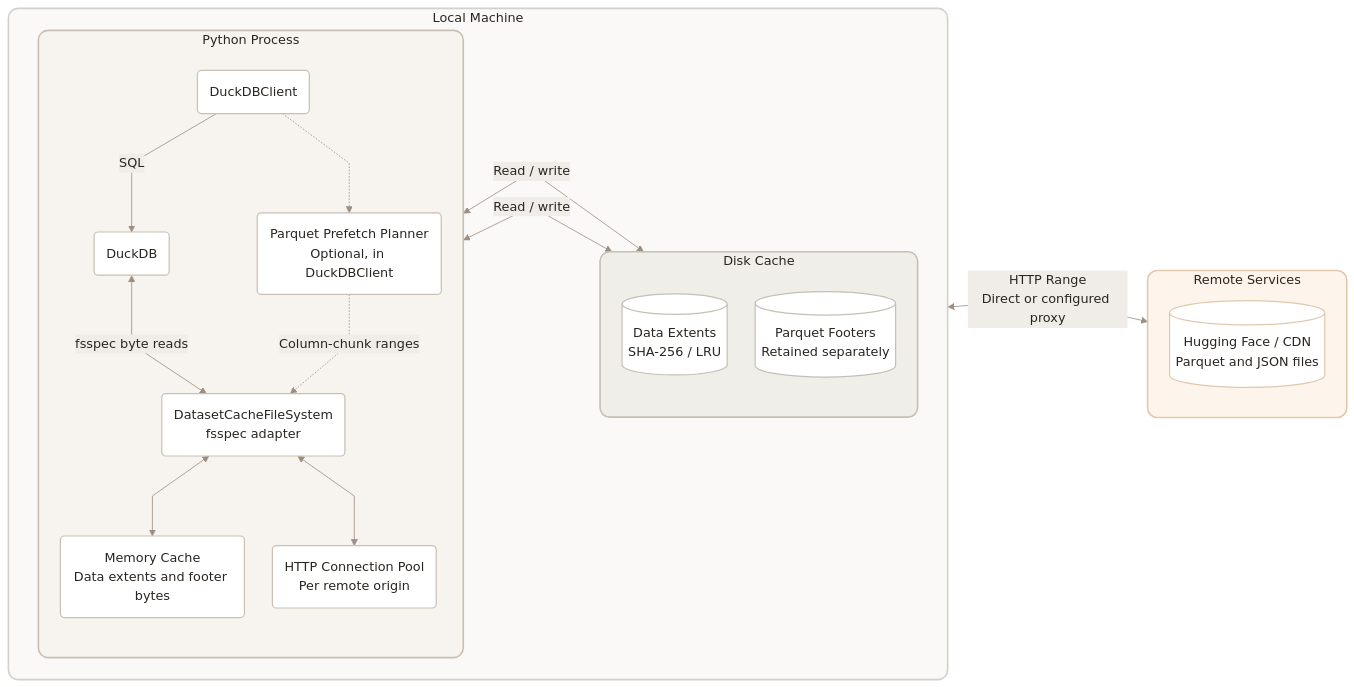
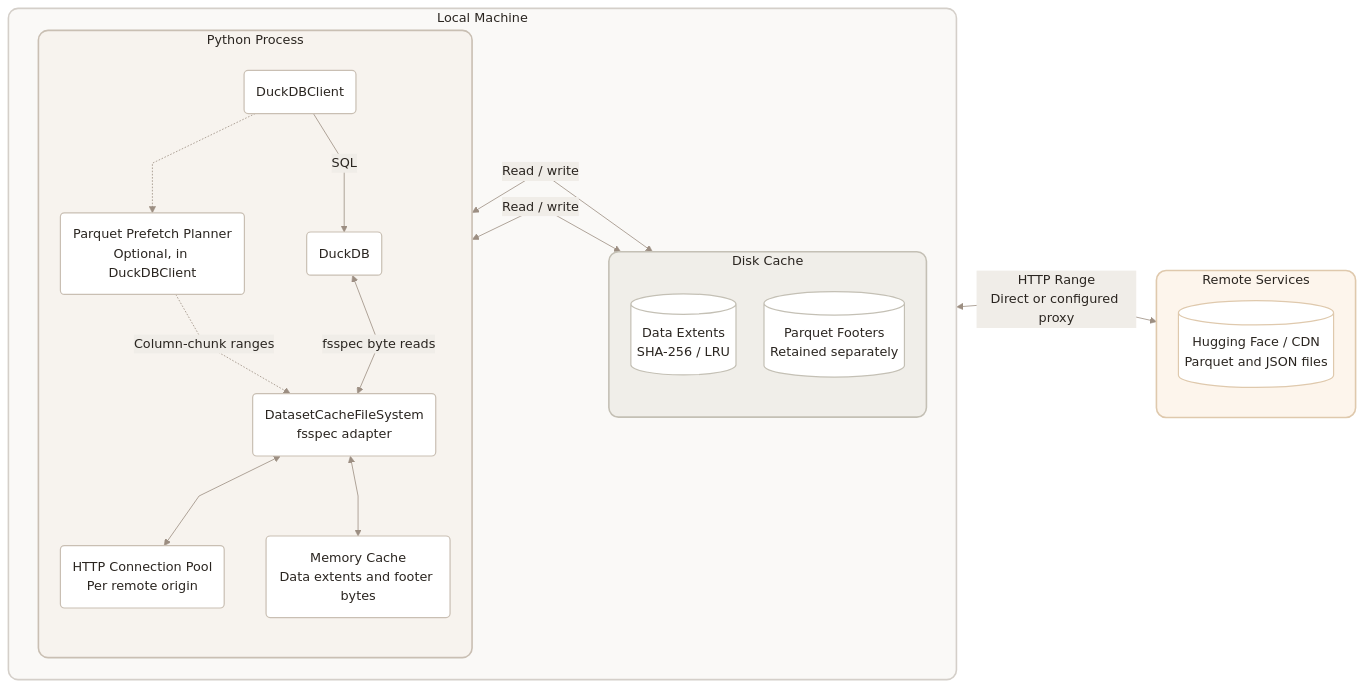
Before and after one commit to defeat-beta/defeatbeta-api: the diagram in doc/api/Local_File_Cache.md, drawn with Mermaid.

Commit message:
docs: position HTTP connection pool above memory cache

````diff
--- a/doc/api/Local_File_Cache.md
+++ b/doc/api/Local_File_Cache.md
@@ -23,63 +23,64 @@
 ```mermaid
 %%{init: {'theme': 'base', 'themeVariables': {
   'primaryColor': '#FAF9F7',
   'primaryBorderColor': '#D4CFC9',
   'primaryTextColor': '#2A2520',
   'lineColor': '#9C8E82',
   'secondaryColor': '#F0EDE8',
   'tertiaryColor': '#E8E4DE'
 }, 'flowchart': {'curve': 'linear', 'nodeSpacing': 35, 'rankSpacing': 50}}}%%
 flowchart LR
     subgraph LOCAL["Local Machine"]
         direction LR
         subgraph PROCESS["Python Process"]
             direction TB
             CLIENT("DuckDBClient")
             ENGINE("DuckDB")
             PREFETCH("Parquet Prefetch Planner<br/>Optional, in DuckDBClient")
             CACHE("DatasetCacheFileSystem<br/>fsspec adapter")
+            HTTP("HTTP Connection Pool<br/>Per remote origin")
             MEMORY("Memory Cache<br/>Data extents and footer bytes")
-            HTTP("HTTP Connection Pool<br/>Per remote origin")
 
             CLIENT -->|"SQL"| ENGINE
             CLIENT -.-> PREFETCH
             ENGINE <-->|"fsspec byte reads"| CACHE
             PREFETCH -.->|"Column-chunk ranges"| CACHE
+            CACHE <--> HTTP
             CACHE <--> MEMORY
-            CACHE <--> HTTP
         end
 
         subgraph DISK["Disk Cache"]
             direction TB
             DATA[("Data Extents<br/>SHA-256 / LRU")]
             FOOTER[("Parquet Footers<br/>Retained separately")]
         end
     end
 
     subgraph REMOTE["Remote Services"]
         direction TB
         HF[("Hugging Face / CDN<br/>Parquet and JSON files")]
     end
 
     CACHE <-->|"Read / write"| DATA
     CACHE <-->|"Read / write"| FOOTER
     HTTP <-->|"HTTP Range<br/>Direct or configured proxy"| HF
 
-    %% Layout-only links keep storage and remote services to the right.
+    %% Layout-only links keep the pool above memory and route HTTP above disk.
+    ENGINE ~~~ HTTP
     HTTP ~~~ DATA
     HTTP ~~~ FOOTER
     DATA ~~~ HF
     FOOTER ~~~ HF
 
     style LOCAL fill:#FAF9F7,stroke:#D4CFC9,stroke-width:2px,color:#2A2520,rx:12,ry:12
     style PROCESS fill:#F7F3EE,stroke:#C9BFB3,stroke-width:2px,color:#2A2520,rx:12,ry:12
     style DISK fill:#F0EEE9,stroke:#C4C0B5,stroke-width:2px,color:#2A2520,rx:12,ry:12
     style REMOTE fill:#FDF5EC,stroke:#DFC9AD,stroke-width:2px,color:#2A2520,rx:12,ry:12
 
     classDef component fill:#fff,stroke:#C9BFB3,stroke-width:1.5px,color:#2A2520
     classDef storage fill:#fff,stroke:#C4C0B5,stroke-width:1.5px,color:#2A2520
     classDef remote fill:#fff,stroke:#DFC9AD,stroke-width:1.5px,color:#2A2520
     class CLIENT,ENGINE,PREFETCH,CACHE,MEMORY,HTTP component
     class DATA,FOOTER storage
     class HF remote
 ```
````
